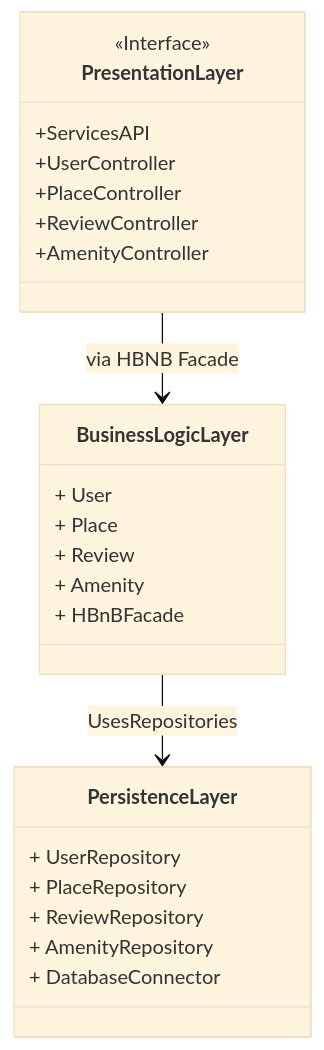
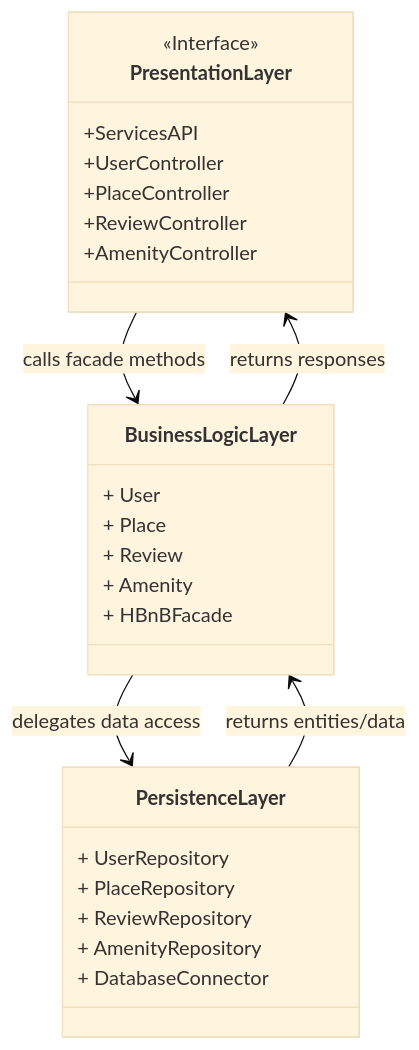
The diagram in part1/high package level diagram.md (Mathieu7483/holbertonschool-hbnb), drawn with Mermaid (base theme) before and after one commit.

Commit message:
Fix the interaction between the Layers

````diff
--- a/part1/high package level diagram.md
+++ b/part1/high package level diagram.md
@@ -13,27 +13,29 @@
 ```mermaid
 classDiagram
 class PresentationLayer {
     <<Interface>>
     +ServicesAPI
     +UserController
     +PlaceController
     +ReviewController
     +AmenityController
 }
 class BusinessLogicLayer {
     + User
     + Place
     + Review
     + Amenity
     + HBnBFacade
 }
 class PersistenceLayer {
     + UserRepository
     + PlaceRepository
     + ReviewRepository
     + AmenityRepository
     + DatabaseConnector
 }
-PresentationLayer --> BusinessLogicLayer : via HBNB Facade
-BusinessLogicLayer --> PersistenceLayer : UsesRepositories
+PresentationLayer --> BusinessLogicLayer : calls facade methods
+BusinessLogicLayer --> PersistenceLayer : delegates data access
+PersistenceLayer --> BusinessLogicLayer : returns entities/data
+BusinessLogicLayer --> PresentationLayer : returns responses
 ```
````
